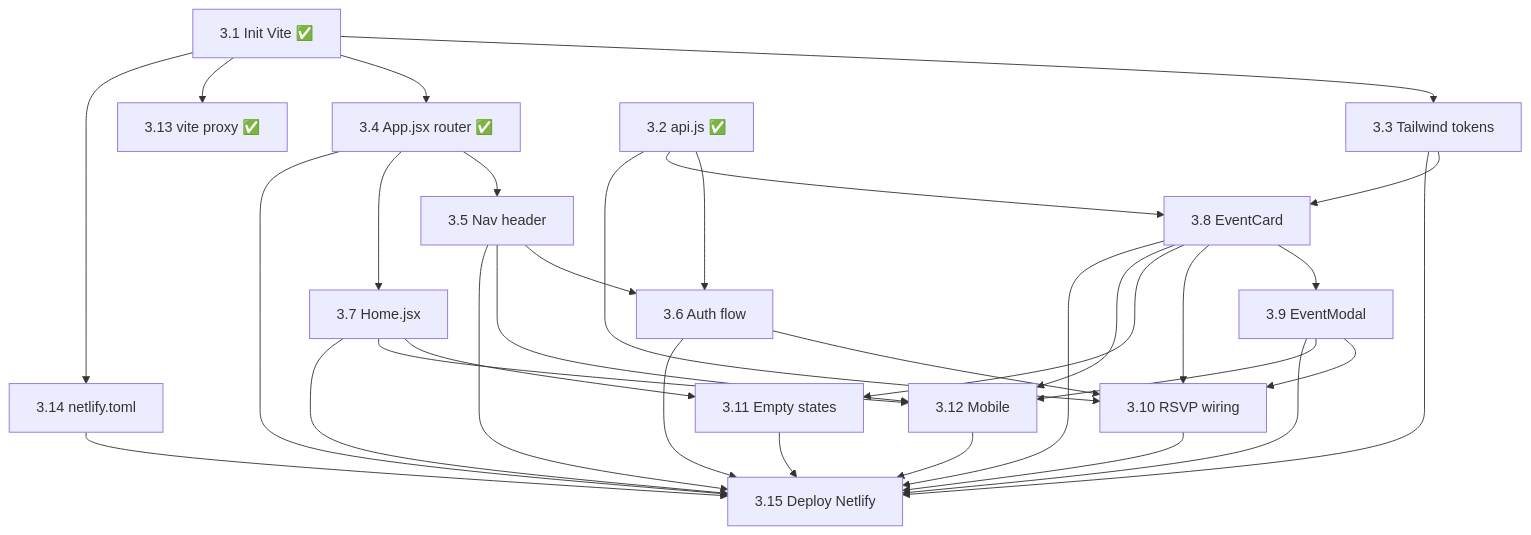
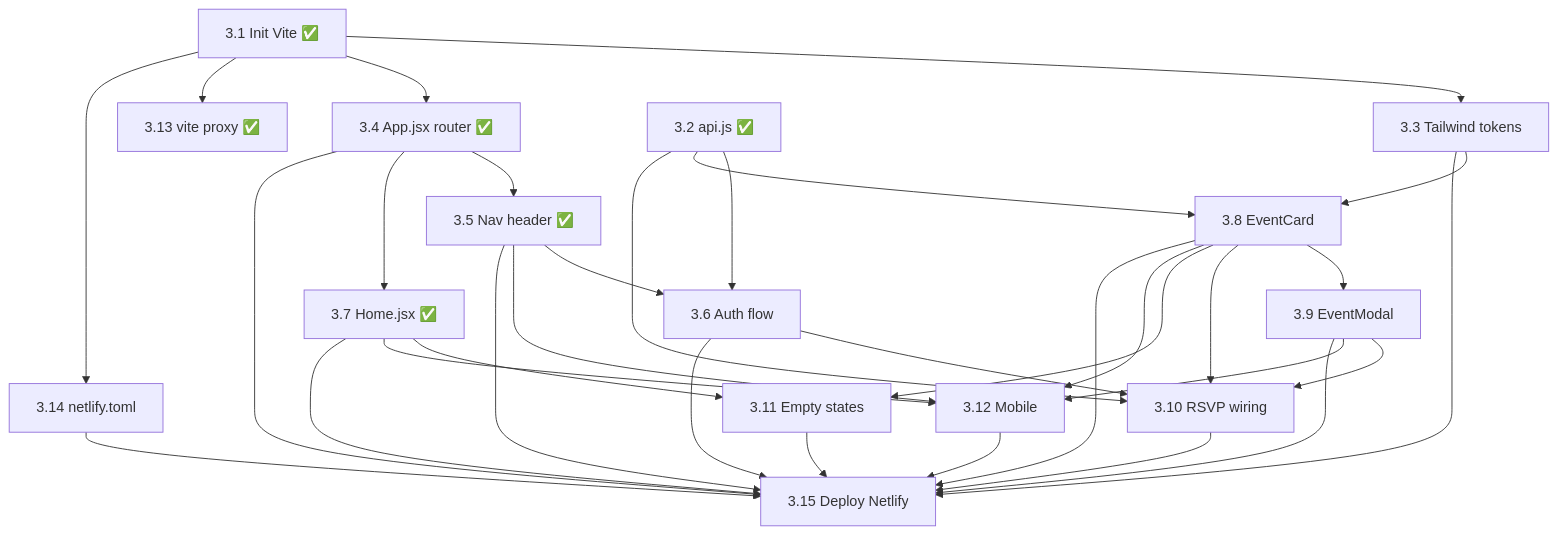
Before and after one commit to matthewpaolosbilo/claude-impact-lab-melbourne-team-5: the diagram in docs/dev3-dependencies.md, drawn with Mermaid. The commit also changed other lines of this file and 2 other files, not shown here.

````diff
--- a/docs/dev3-dependencies.md
+++ b/docs/dev3-dependencies.md
@@ -35,35 +35,35 @@
 ```mermaid
 graph TD
     3.1[3.1 Init Vite ✅] --> 3.3[3.3 Tailwind tokens]
     3.1 --> 3.4[3.4 App.jsx router ✅]
     3.1 --> 3.13[3.13 vite proxy ✅]
     3.1 --> 3.14[3.14 netlify.toml]
     3.2[3.2 api.js ✅] --> 3.6[3.6 Auth flow]
     3.3 --> 3.8[3.8 EventCard]
-    3.4 --> 3.5[3.5 Nav header]
-    3.4 --> 3.7[3.7 Home.jsx]
+    3.4 --> 3.5[3.5 Nav header ✅]
+    3.4 --> 3.7[3.7 Home.jsx ✅]
     3.5 --> 3.6
     3.5 --> 3.12[3.12 Mobile]
     3.2 --> 3.8
     3.8 --> 3.9[3.9 EventModal]
     3.2 --> 3.10[3.10 RSVP wiring]
     3.6 --> 3.10
     3.8 --> 3.10
     3.9 --> 3.10
     3.7 --> 3.11[3.11 Empty states]
     3.8 --> 3.11
     3.7 --> 3.12
     3.8 --> 3.12
     3.9 --> 3.12
     3.3 --> 3.15[3.15 Deploy Netlify]
     3.4 --> 3.15
     3.5 --> 3.15
     3.6 --> 3.15
     3.7 --> 3.15
     3.8 --> 3.15
     3.9 --> 3.15
     3.10 --> 3.15
     3.11 --> 3.15
     3.12 --> 3.15
     3.14 --> 3.15
 ```
````
